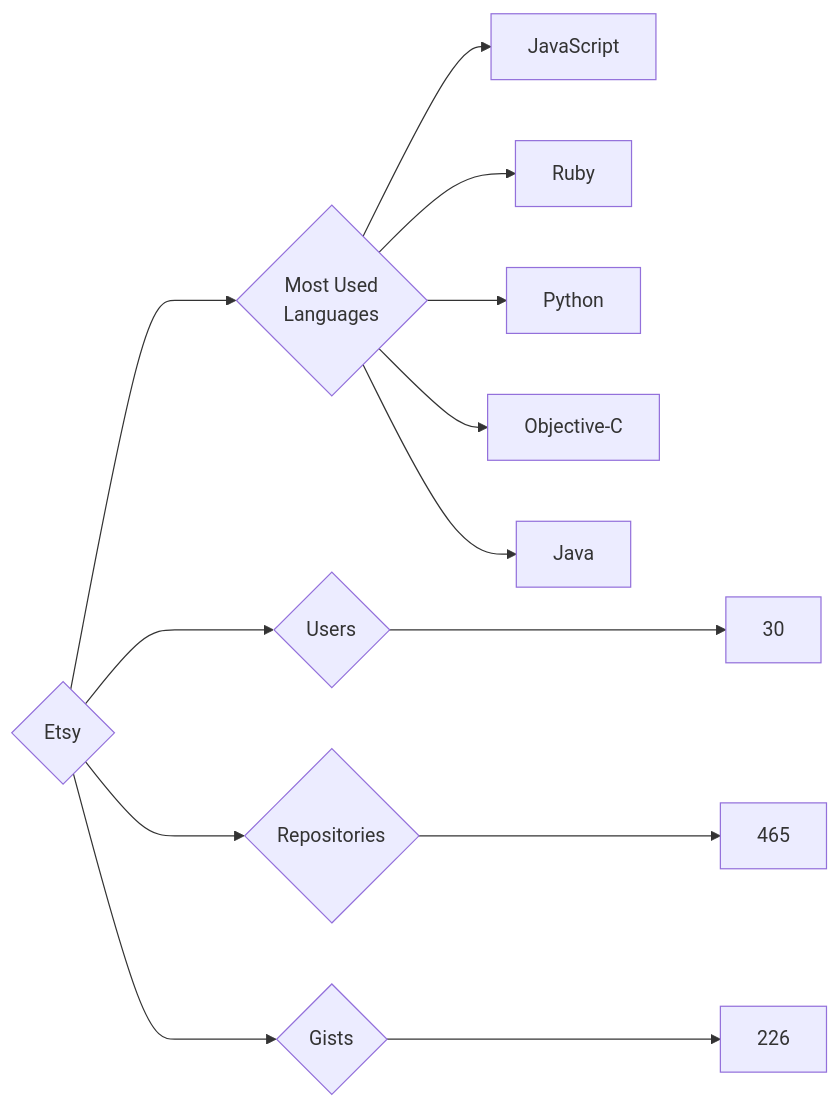
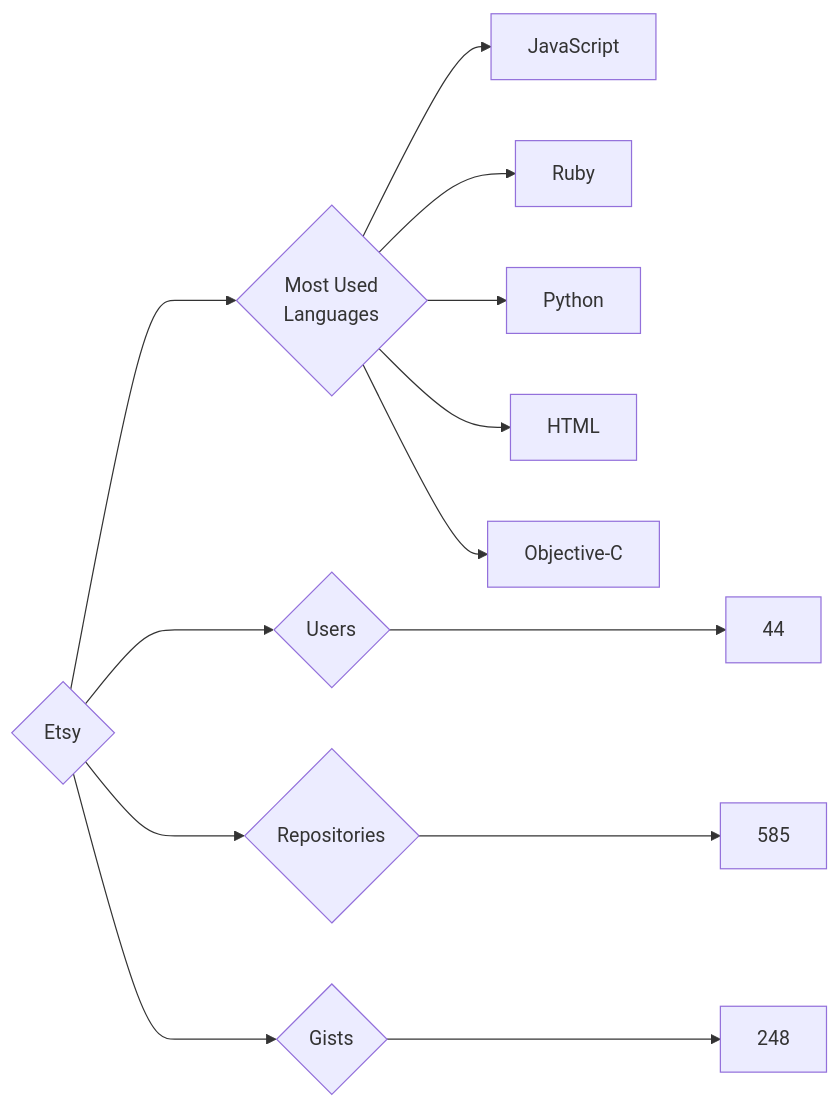
One commit to trickest/insiders changed the diagram in targets/Etsy/README.md. Above: the diagram before and after it, drawn with Mermaid. The commit also changed 1084 other files, not shown here.

````diff
--- a/targets/Etsy/README.md
+++ b/targets/Etsy/README.md
@@ -3,13 +3,13 @@
 ```mermaid
 graph LR
 COMPANY_NAME{Etsy}
-COMPANY_NAME ---> U{Users} ---> UN[30]
-COMPANY_NAME ---> R{Repositories} ---> RN[465]
-COMPANY_NAME ---> G{Gists} ---> GN[226]
+COMPANY_NAME ---> U{Users} ---> UN[44]
+COMPANY_NAME ---> R{Repositories} ---> RN[585]
+COMPANY_NAME ---> G{Gists} ---> GN[248]
 COMPANY_NAME ---> ML{Most Used<br>Languages}
 ML --> JavaScript[JavaScript]
 ML --> Ruby[Ruby]
 ML --> Python[Python]
+ML --> HTML[HTML]
 ML --> Objective-C[Objective-C]
-ML --> Java[Java]
 ```
````
